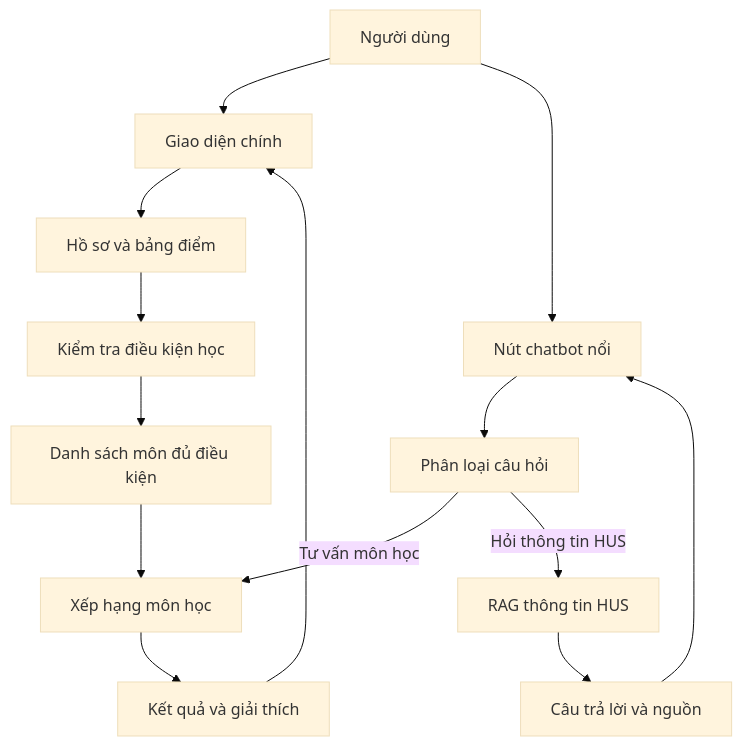
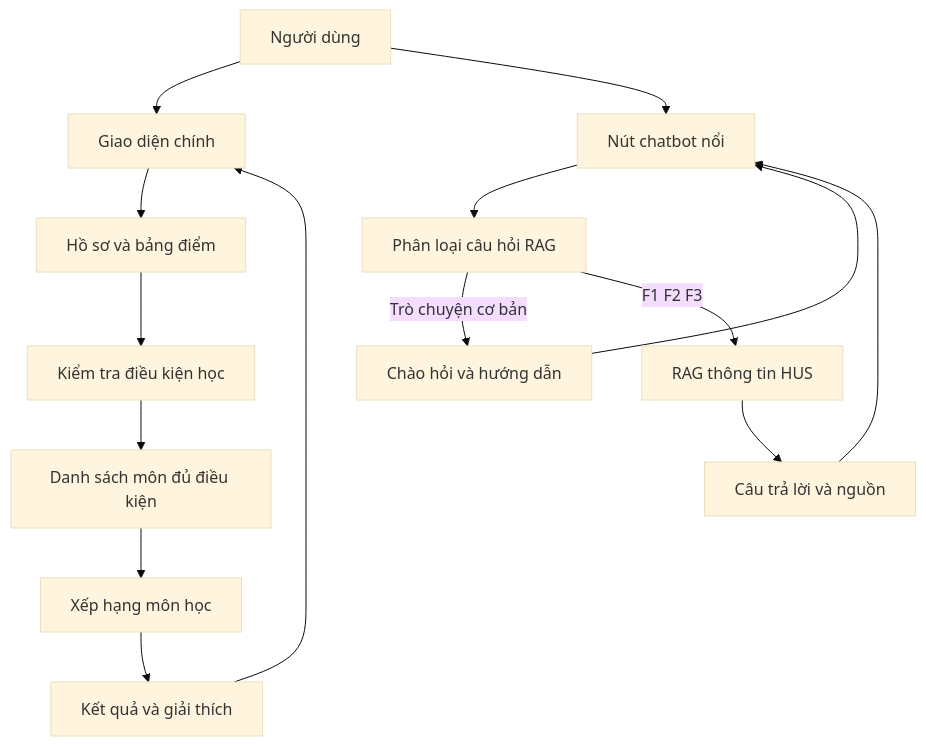
The first of 6 diagrams in docs/SYSTEM_SPECIFICATION.md (5-Bit-System/SE_Project), drawn with Mermaid (base theme) before and after one commit. The commit also changed other lines of this file and 5 other files, not shown here.

Commit message:
docs(hus): align RAG scope and publication handoff

````diff
--- a/docs/SYSTEM_SPECIFICATION.md
+++ b/docs/SYSTEM_SPECIFICATION.md
@@ -19,18 +25,19 @@
 ```mermaid
 flowchart TD
     U[Người dùng] --> UI[Giao diện chính]
     U --> CHAT[Nút chatbot nổi]
 
     UI --> PROFILE[Hồ sơ và bảng điểm]
     PROFILE --> ELIG[Kiểm tra điều kiện học]
     ELIG --> CANDIDATES[Danh sách môn đủ điều kiện]
     CANDIDATES --> REC[Xếp hạng môn học]
     REC --> RESULT[Kết quả và giải thích]
     RESULT --> UI
 
-    CHAT --> ROUTER[Phân loại câu hỏi]
-    ROUTER -->|Tư vấn môn học| REC
-    ROUTER -->|Hỏi thông tin HUS| HUS[RAG thông tin HUS]
+    CHAT --> ROUTER[Phân loại câu hỏi RAG]
+    ROUTER -->|Trò chuyện cơ bản| BASIC[Chào hỏi và hướng dẫn]
+    ROUTER -->|F1 F2 F3| HUS[RAG thông tin HUS]
+    BASIC --> CHAT
     HUS --> CHATRESULT[Câu trả lời và nguồn]
     CHATRESULT --> CHAT
 ```
````
